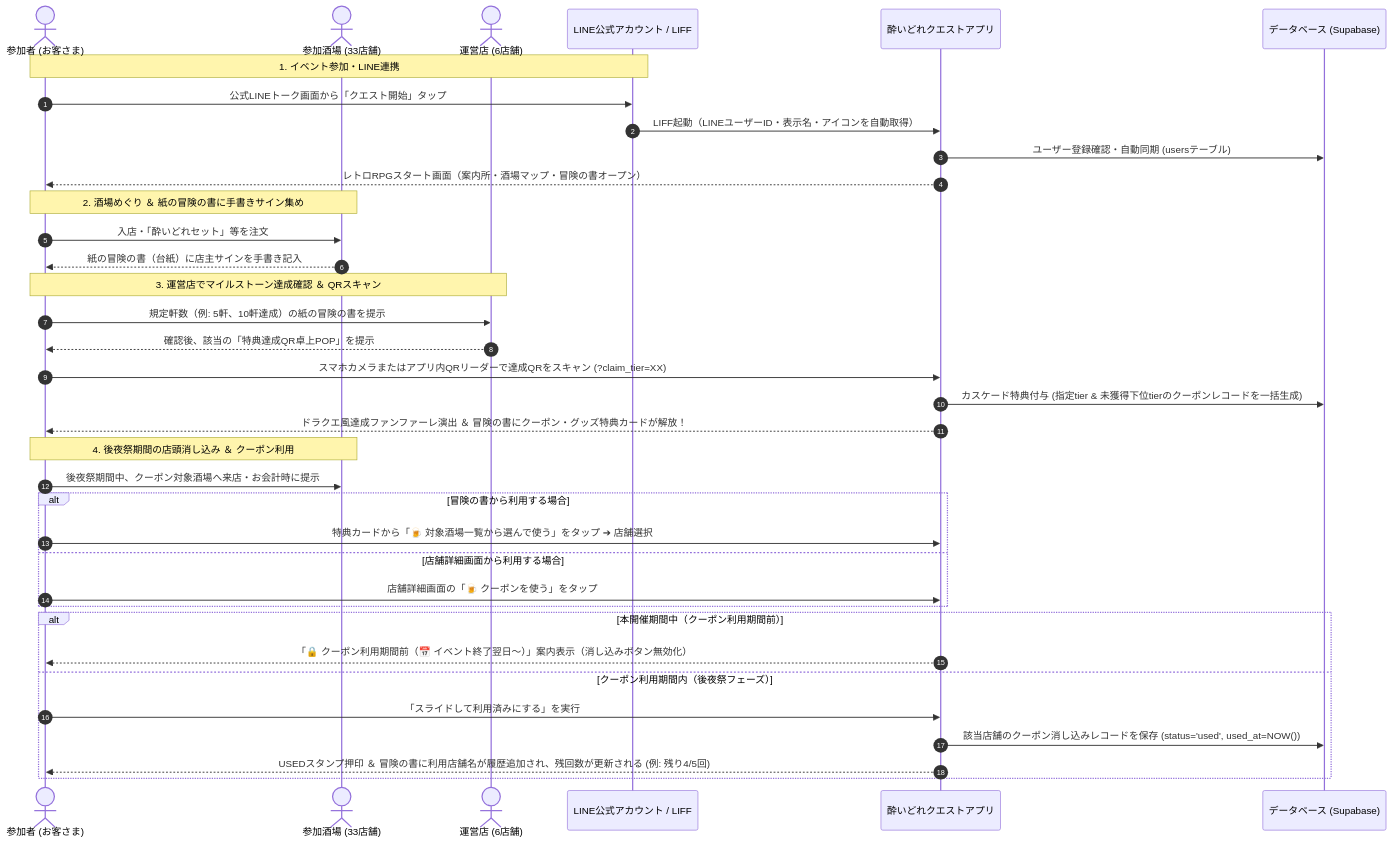
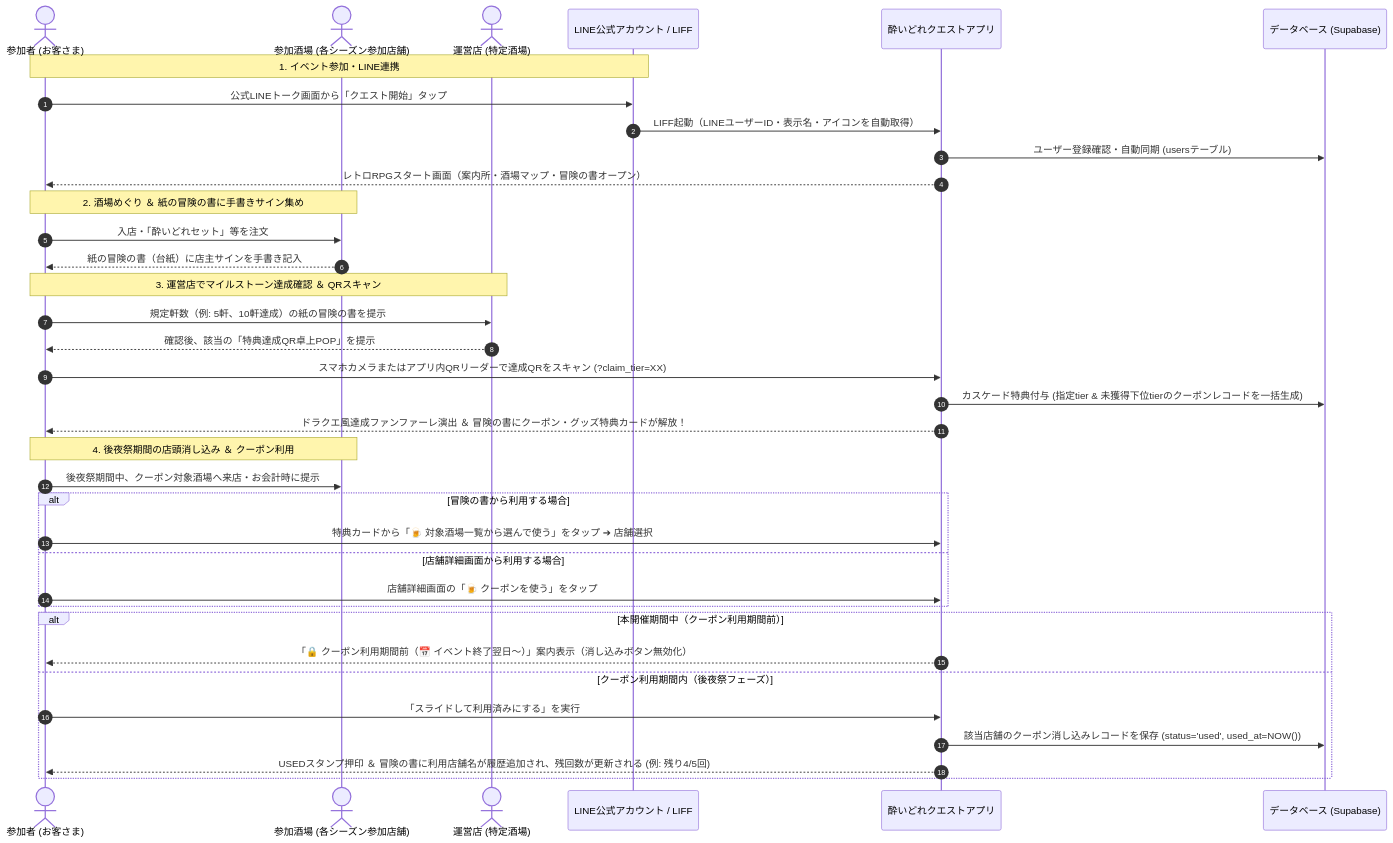
Before and after one commit to taishoyoidore-ui/yoidore-quest2: the second of 5 diagrams in SPECIFICATION.md, drawn with Mermaid. The commit also changed other lines of this file and 3 other files, not shown here.

````diff
--- a/SPECIFICATION.md
+++ b/SPECIFICATION.md
@@ -85,42 +107,42 @@
 ```mermaid
 sequenceDiagram
     autonumber
     actor User as 参加者 (お客さま)
-    actor Shop as 参加酒場 (33店舗)
-    actor OpsShop as 運営店 (6店舗)
+    actor Shop as 参加酒場 (各シーズン参加店舗)
+    actor OpsShop as 運営店 (特定酒場)
     participant LINE as LINE公式アカウント / LIFF
     participant App as 酔いどれクエストアプリ
     participant DB as データベース (Supabase)
 
     Note over User, LINE: 1. イベント参加・LINE連携
     User->>LINE: 公式LINEトーク画面から「クエスト開始」タップ
     LINE->>App: LIFF起動（LINEユーザーID・表示名・アイコンを自動取得）
     App->>DB: ユーザー登録確認・自動同期 (usersテーブル)
     App-->>User: レトロRPGスタート画面（案内所・酒場マップ・冒険の書オープン）
 
     Note over User, Shop: 2. 酒場めぐり ＆ 紙の冒険の書に手書きサイン集め
     User->>Shop: 入店・「酔いどれセット」等を注文
     Shop-->>User: 紙の冒険の書（台紙）に店主サインを手書き記入
 
     Note over User, OpsShop: 3. 運営店でマイルストーン達成確認 ＆ QRスキャン
     User->>OpsShop: 規定軒数（例: 5軒、10軒達成）の紙の冒険の書を提示
     OpsShop-->>User: 確認後、該当の「特典達成QR卓上POP」を提示
     User->>App: スマホカメラまたはアプリ内QRリーダーで達成QRをスキャン (?claim_tier=XX)
     App->>DB: カスケード特典付与 (指定tier & 未獲得下位tierのクーポンレコードを一括生成)
     App-->>User: ドラクエ風達成ファンファーレ演出 ＆ 冒険の書にクーポン・グッズ特典カードが解放！
 
     Note over User, Shop: 4. 後夜祭期間の店頭消し込み ＆ クーポン利用
     User->>Shop: 後夜祭期間中、クーポン対象酒場へ来店・お会計時に提示
     alt 冒険の書から利用する場合
         User->>App: 特典カードから「🍺 対象酒場一覧から選んで使う」をタップ ➔ 店舗選択
     else 店舗詳細画面から利用する場合
         User->>App: 店舗詳細画面の「🍺 クーポンを使う」をタップ
     end
     alt 本開催期間中（クーポン利用期間前）
         App-->>User: 「🔒 クーポン利用期間前（📅 イベント終了翌日〜）」案内表示（消し込みボタン無効化）
     else クーポン利用期間内（後夜祭フェーズ）
         User->>App: 「スライドして利用済みにする」を実行
         App->>DB: 該当店舗のクーポン消し込みレコードを保存 (status='used', used_at=NOW())
         App-->>User: USEDスタンプ押印 ＆ 冒険の書に利用店舗名が履歴追加され、残回数が更新される (例: 残り4/5回)
     end
 ```
````
